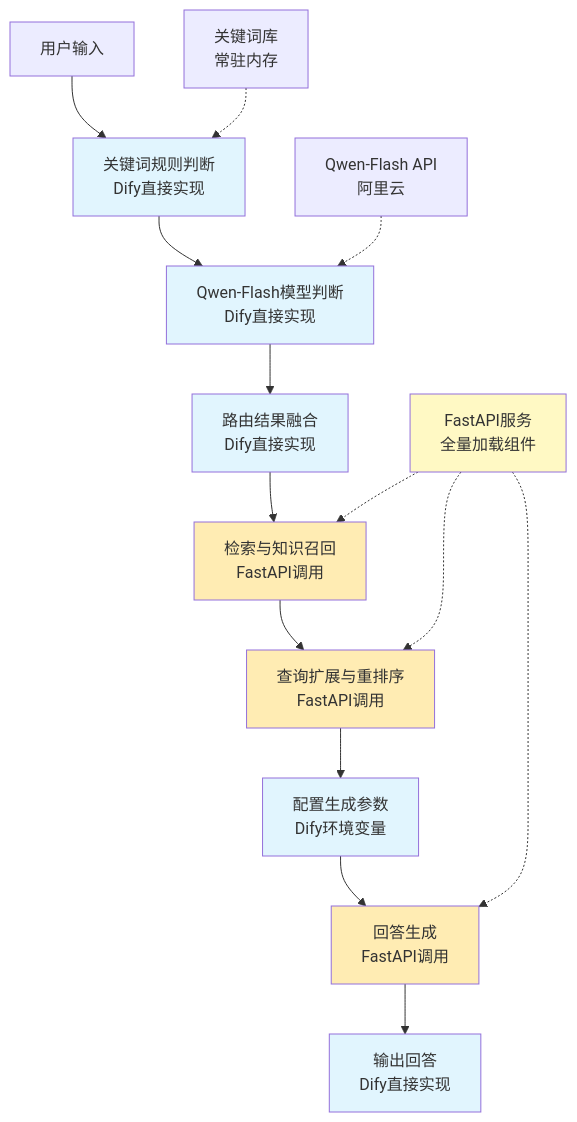
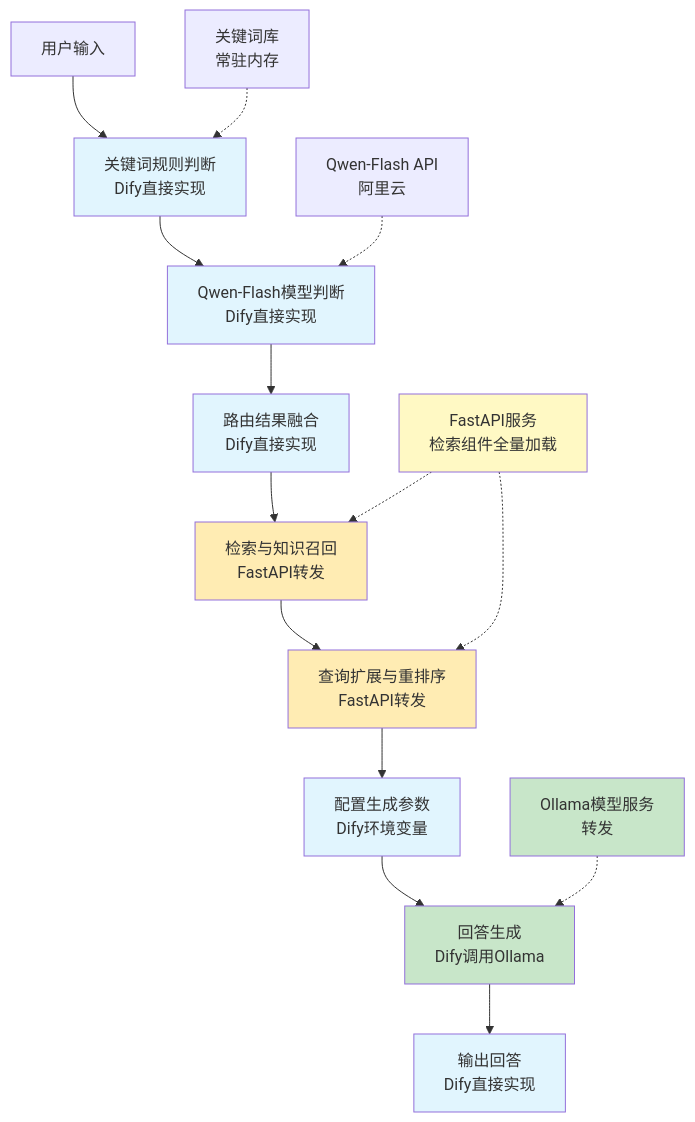
Before and after one commit to wsdsb-111/Intelligent-TCM-Q-A-System-Langchain-Version-1.0: the diagram in 文档层/docs/Dify工作流节点化集成架构设计.md, drawn with Mermaid. The commit also changed other lines of this file and 38 other files, not shown here.

````diff
--- a/文档层/docs/Dify工作流节点化集成架构设计.md
+++ b/文档层/docs/Dify工作流节点化集成架构设计.md
@@ -64,27 +69,28 @@
 ```mermaid
 graph TB
     A[用户输入] --> B[关键词规则判断<br/>Dify直接实现]
     B --> C[Qwen-Flash模型判断<br/>Dify直接实现]
     C --> D[路由结果融合<br/>Dify直接实现]
-    D --> E[检索与知识召回<br/>FastAPI调用]
-    E --> F[查询扩展与重排序<br/>FastAPI调用]
+    D --> E[检索与知识召回<br/>FastAPI转发]
+    E --> F[查询扩展与重排序<br/>FastAPI转发]
     F --> G[配置生成参数<br/>Dify环境变量]
-    G --> H[回答生成<br/>FastAPI调用]
+    G --> H[回答生成<br/>Dify调用Ollama]
     H --> I[输出回答<br/>Dify直接实现]
     
     J[关键词库<br/>常驻内存] -.-> B
     K[Qwen-Flash API<br/>阿里云] -.-> C
-    L[FastAPI服务<br/>全量加载组件] -.-> E
+    L[FastAPI服务<br/>检索组件全量加载] -.-> E
     L -.-> F
-    L -.-> H
+    M[Ollama模型服务<br/>转发] -.-> H
     
     style B fill:#e1f5fe
     style C fill:#e1f5fe
     style D fill:#e1f5fe
     style G fill:#e1f5fe
     style I fill:#e1f5fe
     style E fill:#ffecb3
     style F fill:#ffecb3
-    style H fill:#ffecb3
+    style H fill:#c8e6c9
     style L fill:#fff9c4
+    style M fill:#c8e6c9
 ```
````
